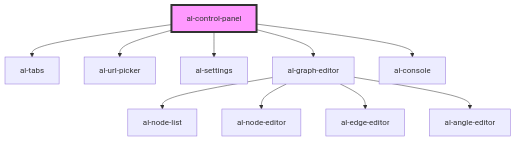
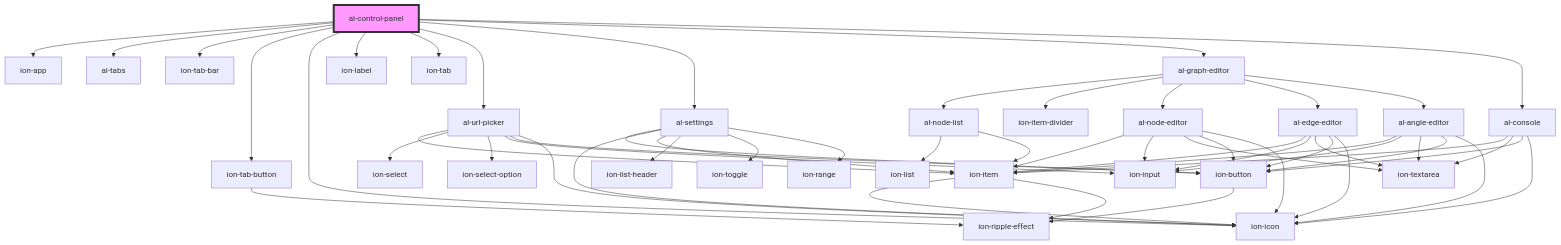
The diagram in src/components/al-control-panel/readme.md (aleph-viewer/aleph), drawn with Mermaid before and after one commit. The commit also changed other lines of this file and 11 other files, not shown here.

````diff
--- a/src/components/al-control-panel/readme.md
+++ b/src/components/al-control-panel/readme.md
@@ -50,13 +56,57 @@
 ```mermaid
 graph TD;
+  al-control-panel --> ion-app
   al-control-panel --> al-tabs
+  al-control-panel --> ion-tab-bar
+  al-control-panel --> ion-tab-button
+  al-control-panel --> ion-icon
+  al-control-panel --> ion-label
+  al-control-panel --> ion-tab
   al-control-panel --> al-url-picker
   al-control-panel --> al-settings
   al-control-panel --> al-graph-editor
   al-control-panel --> al-console
+  ion-tab-button --> ion-ripple-effect
+  al-url-picker --> ion-item
+  al-url-picker --> ion-select
+  al-url-picker --> ion-select-option
+  al-url-picker --> ion-input
+  al-url-picker --> ion-button
+  al-url-picker --> ion-icon
+  ion-item --> ion-icon
+  ion-item --> ion-ripple-effect
+  ion-button --> ion-ripple-effect
+  al-settings --> ion-button
+  al-settings --> ion-icon
+  al-settings --> ion-item
+  al-settings --> ion-list-header
+  al-settings --> ion-toggle
+  al-settings --> ion-range
   al-graph-editor --> al-node-list
+  al-graph-editor --> ion-item-divider
   al-graph-editor --> al-node-editor
   al-graph-editor --> al-edge-editor
   al-graph-editor --> al-angle-editor
+  al-node-list --> ion-list
+  al-node-list --> ion-item
+  al-node-editor --> ion-item
+  al-node-editor --> ion-input
+  al-node-editor --> ion-textarea
+  al-node-editor --> ion-button
+  al-node-editor --> ion-icon
+  al-edge-editor --> ion-item
+  al-edge-editor --> ion-input
+  al-edge-editor --> ion-textarea
+  al-edge-editor --> ion-button
+  al-edge-editor --> ion-icon
+  al-angle-editor --> ion-item
+  al-angle-editor --> ion-input
+  al-angle-editor --> ion-textarea
+  al-angle-editor --> ion-button
+  al-angle-editor --> ion-icon
+  al-console --> ion-item
+  al-console --> ion-textarea
+  al-console --> ion-button
+  al-console --> ion-icon
   style al-control-panel fill:#f9f,stroke:#333,stroke-width:4px
 ```
````
